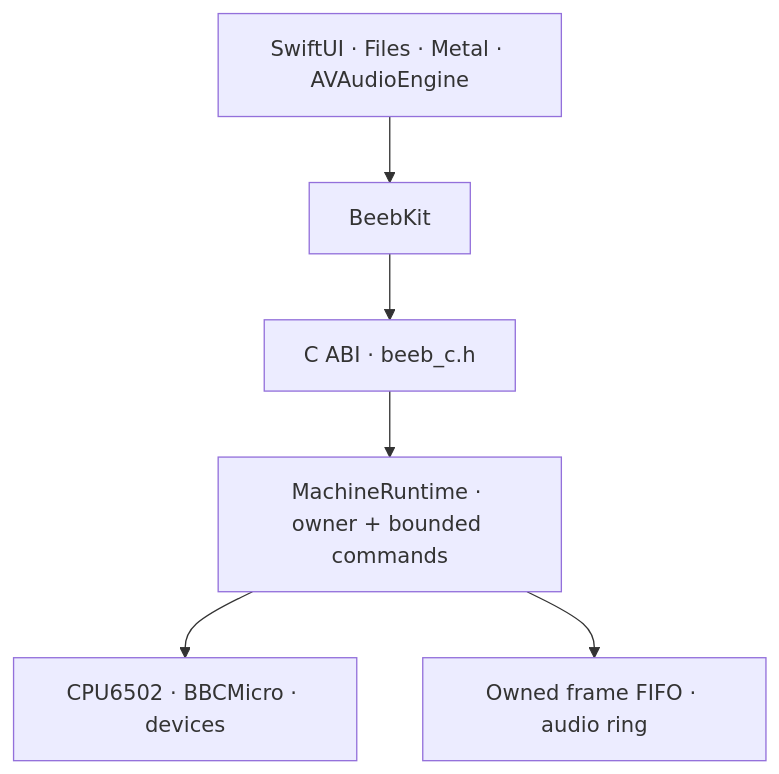
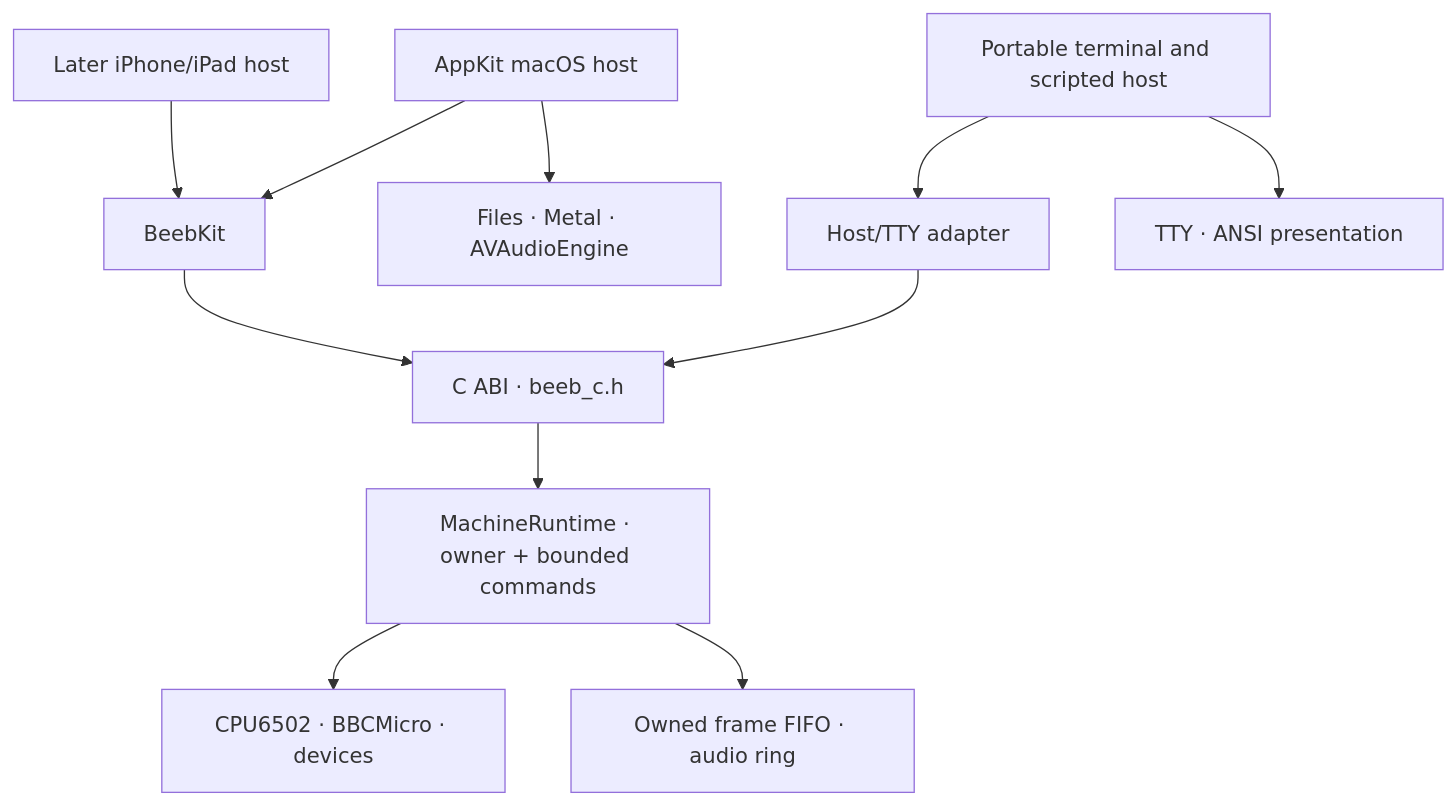
One commit to peternicholls/6502 changed the diagram in docs/ARCHITECTURE.md. Above: the diagram before and after it, drawn with Mermaid. The commit also changed other lines of this file and 10 other files, not shown here.

````diff
--- a/docs/ARCHITECTURE.md
+++ b/docs/ARCHITECTURE.md
@@ -12,8 +12,13 @@
 ```mermaid
 flowchart TD
-    Host["SwiftUI · Files · Metal · AVAudioEngine"] --> Kit["BeebKit"]
+    AppKit["AppKit macOS host"] --> Kit["BeebKit"]
+    Mobile["Later iPhone/iPad host"] --> Kit
     Kit --> ABI["C ABI · beeb_c.h"]
+    Terminal["Portable terminal and scripted host"] --> TAdapter["Host/TTY adapter"]
+    TAdapter --> ABI
     ABI --> Runtime["MachineRuntime · owner + bounded commands"]
     Runtime --> Core["CPU6502 · BBCMicro · devices"]
     Runtime --> Output["Owned frame FIFO · audio ring"]
+    AppKit --> Apple["Files · Metal · AVAudioEngine"]
+    Terminal --> TTY["TTY · ANSI presentation"]
 ```
````
